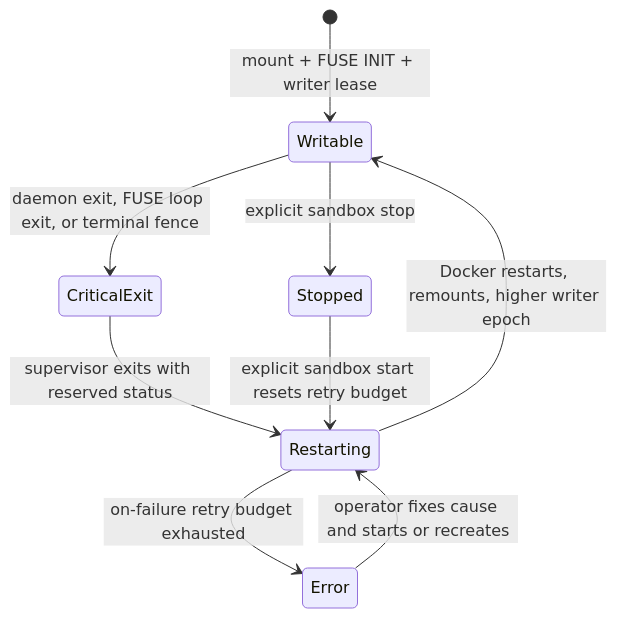
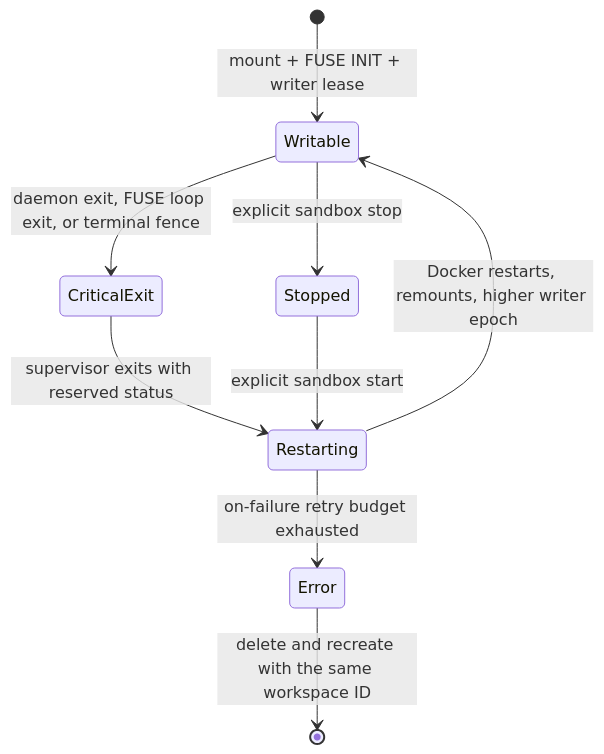
The third of 5 diagrams in ARCHITECTURE.md (Pavitra-programmers/openeral), drawn with Mermaid before and after one commit. The commit also changed other lines of this file and 12 other files, not shown here.

````diff
--- a/ARCHITECTURE.md
+++ b/ARCHITECTURE.md
@@ -131,11 +138,11 @@
 ```mermaid
 stateDiagram-v2
   [*] --> Writable: mount + FUSE INIT + writer lease
   Writable --> CriticalExit: daemon exit, FUSE loop exit, or terminal fence
   CriticalExit --> Restarting: supervisor exits with reserved status
   Restarting --> Writable: Docker restarts, remounts, higher writer epoch
   Restarting --> Error: on-failure retry budget exhausted
   Writable --> Stopped: explicit sandbox stop
-  Stopped --> Restarting: explicit sandbox start resets retry budget
-  Error --> Restarting: operator fixes cause and starts or recreates
+  Stopped --> Restarting: explicit sandbox start
+  Error --> [*]: delete and recreate with the same workspace ID
 ```
````
